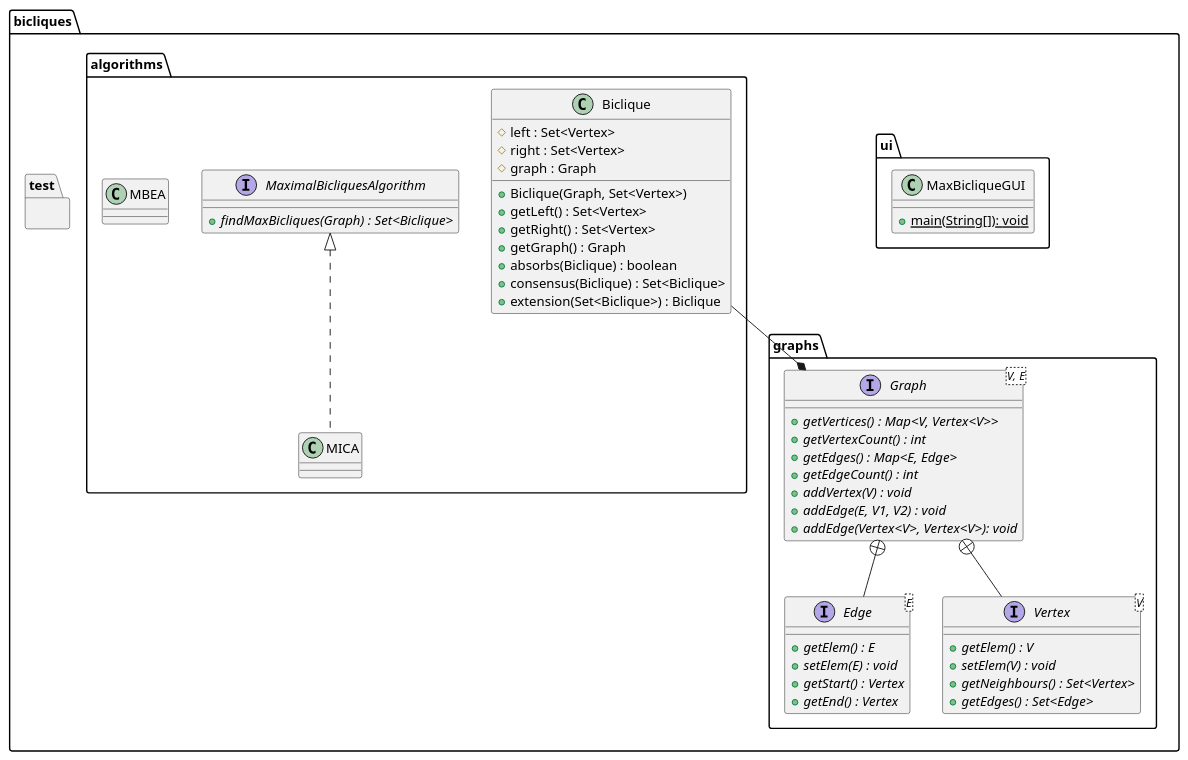
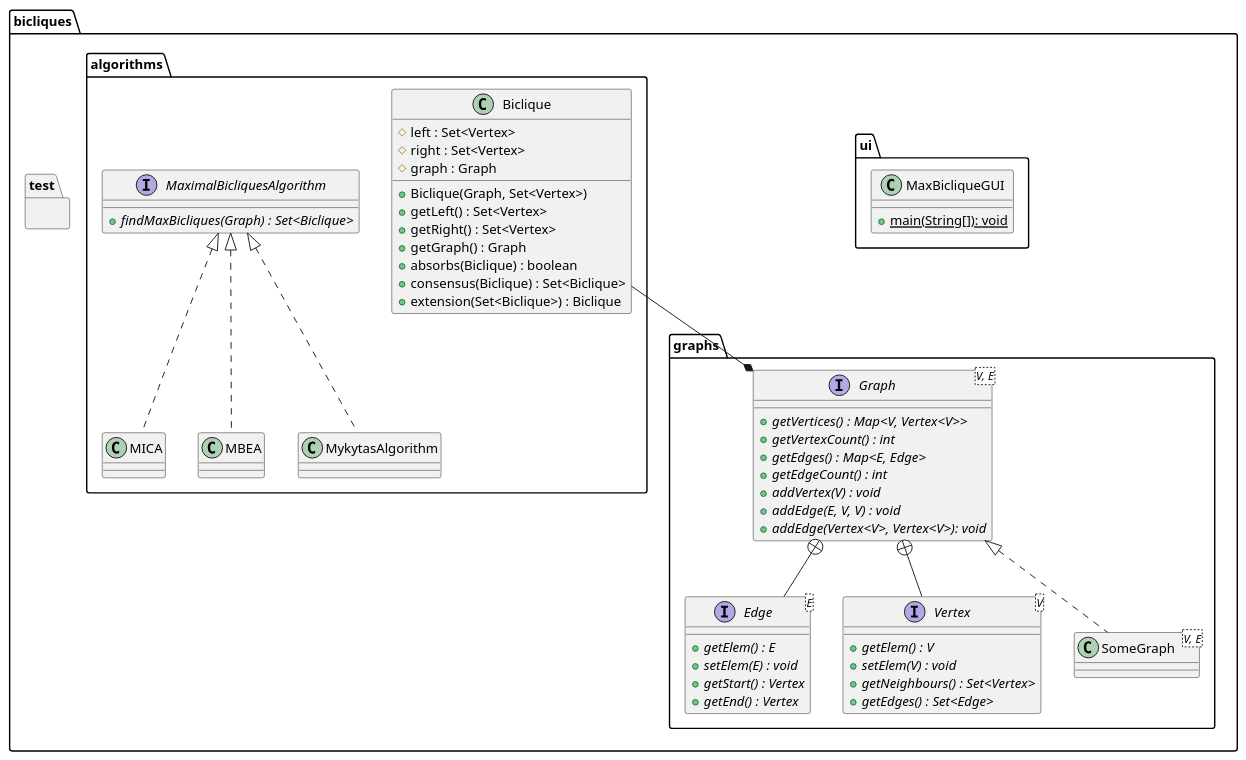
One commit to wirmius/max_bicliques changed the diagram in class_diagram.puml. Above: the diagram before and after it, drawn with PlantUML. The commit also changed other lines of this file, not shown here.

Commit message:
edited class diagram and added some questions (cf. redmine)

```diff
--- a/class_diagram.puml
+++ b/class_diagram.puml
@@ -25,121 +25,133 @@
 @startuml
 
 package bicliques {
 
 ' The graph section
 package bicliques.graphs {
 
   'Let's stick to naming the vertexes. We don't care about the edges that much.
   ' We just need to be able to show which vertice goes where.
     interface Graph<V, E> {
         {method}{abstract} + getVertices() : Map<V, Vertex<V>>
         {method}{abstract} + getVertexCount() : int
         {method}{abstract} + getEdges() : Map<E, Edge>
         {method}{abstract} + getEdgeCount() : int
         {method}{abstract} + addVertex(V) : void
-        {method}{abstract} + addEdge(E, V1, V2) : void
+        {method}{abstract} + addEdge(E, V, V) : void
         {method}{abstract} + addEdge(Vertex<V>, Vertex<V>): void
     }
 
     interface Edge<E> {
         {method}{abstract} + getElem() : E
         {method}{abstract} + setElem(E) : void
         {method}{abstract} + getStart() : Vertex
         {method}{abstract} + getEnd() : Vertex
     }
 
 
     interface Vertex<V> {
         {method}{abstract} + getElem() : V
         {method}{abstract} + setElem(V) : void
         {method}{abstract} + getNeighbours() : Set<Vertex>
         {method}{abstract} + getEdges() : Set<Edge>
     }
 
   ' as far as the graph implementation goes, it's on whoever one of us takes on it. As long as it sticks
   ' to this interfaces it's fine.
     Graph +-- Edge
     Graph +-- Vertex
+    
+  ' We will need some graph class to store the graph data, please provide some. -RK
+    class SomeGraph<V, E> {
+    }
+    Graph <|.. SomeGraph
 }
 
 
 ' The UI section
 package bicliques.ui {
 
 /'
 For the UI part I say we need to come up with something, that can read in
 the text files (I don't want to be copying and pasting stuff in the windows
 every time I use it). - MI.
 
 So do I. In my suggested screenshot of a possible UI the menu would provide
 - Input: load (from file) or from input in window
 - Output: save (to file)
 - Algorithm: choose between several implemented ones
 - Help: Description of algorithms and the common "About".
 -RK
 '/
 
   class MaxBicliqueGUI {
     {method}{static} + main(String[]): void
   }
 }
 
 ' The algorithms section
 package bicliques.algorithms {
 
   ' Why should fields have visibiliy "protected" (#)? -RK
   '
   class Biclique {
     {field} # left : Set<Vertex>
     {field} # right : Set<Vertex>
     {field} # graph : Graph
     ' We really need just one. We assume that it spans the whole graph and we know the graph.
 	{method} + Biclique(Graph, Set<Vertex>)
     ' no need to keep the mapping here since we can always ask the Graph
     {method} + getLeft() : Set<Vertex>
     {method} + getRight() : Set<Vertex>
     {method} + getGraph() : Graph
     {method} + absorbs(Biclique) : boolean
     {method} + consensus(Biclique) : Set<Biclique>
      ' not completely sure about this one
      ' I would drop it. -RK
+     ' What does this method do? -RK
 	{method} + extension(Set<Biclique>) : Biclique
   }
 
   Biclique --* Graph
 
   interface MaximalBicliquesAlgorithm {
     {method}{abstract} + findMaxBicliques(Graph) : Set<Biclique>
   }
 
   /'
   MICA algorithm -RK
   '/
   class MICA {
   }
   
   MaximalBicliquesAlgorithm <|.. MICA
 
  /'
   MBEA algorithm improved for bipartite graphs. -HS
  '/
   class MBEA {
   }
   
-  'MaximalBicliquesAlgorithm
+  MaximalBicliquesAlgorithm <|.. MBEA
+  
+  /'
+  TODO: Mykyta's algorithm is missing. -RK 
+  '/
+  
+  MaximalBicliquesAlgorithm <|.. MykytasAlgorithm
   
 }
 
 package bicliques.test {
 
 /'
 The testing that we will need. I say we use junit 4 or 5
 to make it more streamlined. -MI
 I agree. -RK
 I agree. -HS
 '/
 
 }
 
 
 @enduml
```
